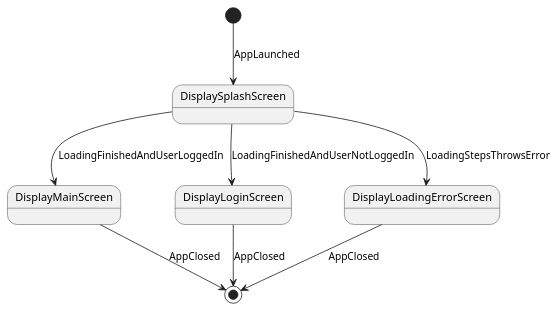
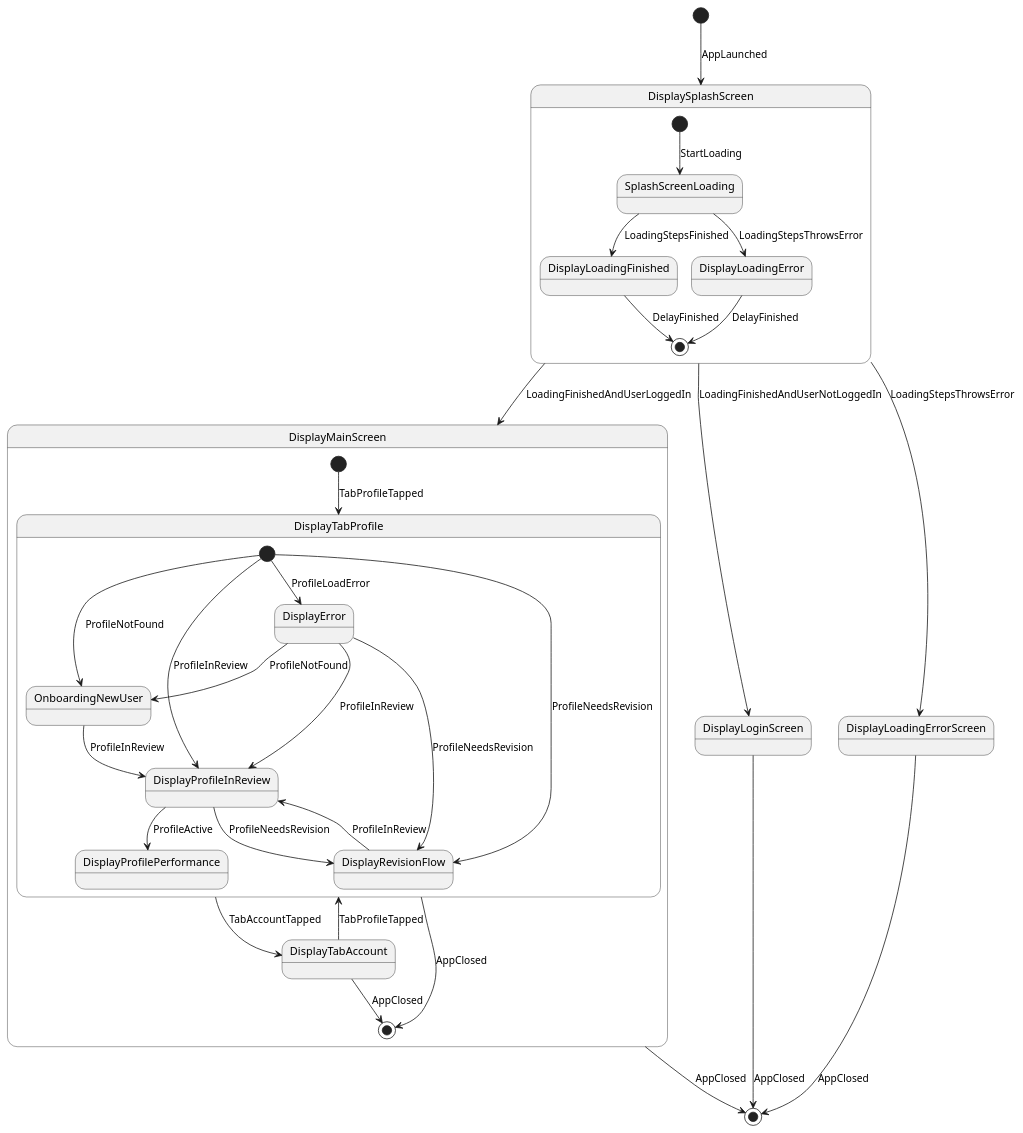
Before and after one commit to irwansyahwii/flutter-solid-dependency-injection: the diagram in flutter_solid/lib/features/spash_screen/app_states/app_state_machine.plantuml, drawn with PlantUML.

Commit message:
feat: add whole app state diagram

```diff
--- a/flutter_solid/lib/features/spash_screen/app_states/app_state_machine.plantuml
+++ b/flutter_solid/lib/features/spash_screen/app_states/app_state_machine.plantuml
@@ -1,13 +1,53 @@
 @startuml
 
 [*] --> DisplaySplashScreen : AppLaunched
 
 DisplaySplashScreen --> DisplayMainScreen : LoadingFinishedAndUserLoggedIn
 DisplaySplashScreen --> DisplayLoginScreen : LoadingFinishedAndUserNotLoggedIn
 DisplaySplashScreen --> DisplayLoadingErrorScreen: LoadingStepsThrowsError
 
 DisplayMainScreen --> [*] : AppClosed
 DisplayLoginScreen --> [*] : AppClosed
 DisplayLoadingErrorScreen --> [*] : AppClosed
 
+state DisplaySplashScreen {
+  [*] --> SplashScreenLoading : StartLoading
+
+  SplashScreenLoading --> DisplayLoadingFinished : LoadingStepsFinished
+  SplashScreenLoading --> DisplayLoadingError : LoadingStepsThrowsError
+
+  DisplayLoadingFinished --> [*] : DelayFinished
+  DisplayLoadingError --> [*] : DelayFinished
+}
+
+state DisplayMainScreen {
+  [*] --> DisplayTabProfile : TabProfileTapped
+
+  DisplayTabProfile --> DisplayTabAccount : TabAccountTapped
+  DisplayTabProfile --> [*] : AppClosed
+
+  DisplayTabAccount --> DisplayTabProfile : TabProfileTapped
+  DisplayTabAccount --> [*] : AppClosed
+
+  state DisplayTabProfile {
+    [*] --> OnboardingNewUser : ProfileNotFound
+
+    OnboardingNewUser --> DisplayProfileInReview : ProfileInReview
+
+    [*] --> DisplayError : ProfileLoadError
+    DisplayError --> OnboardingNewUser : ProfileNotFound
+    DisplayError --> DisplayProfileInReview : ProfileInReview
+    DisplayError --> DisplayRevisionFlow : ProfileNeedsRevision
+
+    [*] --> DisplayRevisionFlow : ProfileNeedsRevision
+    DisplayRevisionFlow --> DisplayProfileInReview : ProfileInReview
+
+    [*] --> DisplayProfileInReview : ProfileInReview
+    DisplayProfileInReview --> DisplayRevisionFlow : ProfileNeedsRevision
+    DisplayProfileInReview --> DisplayProfilePerformance : ProfileActive
+
+  }
+
+}
+
 @enduml
```
